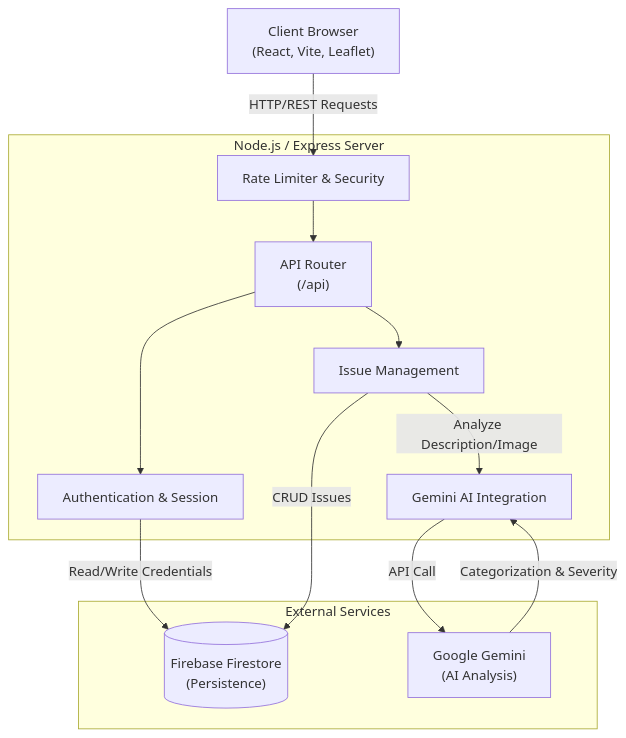
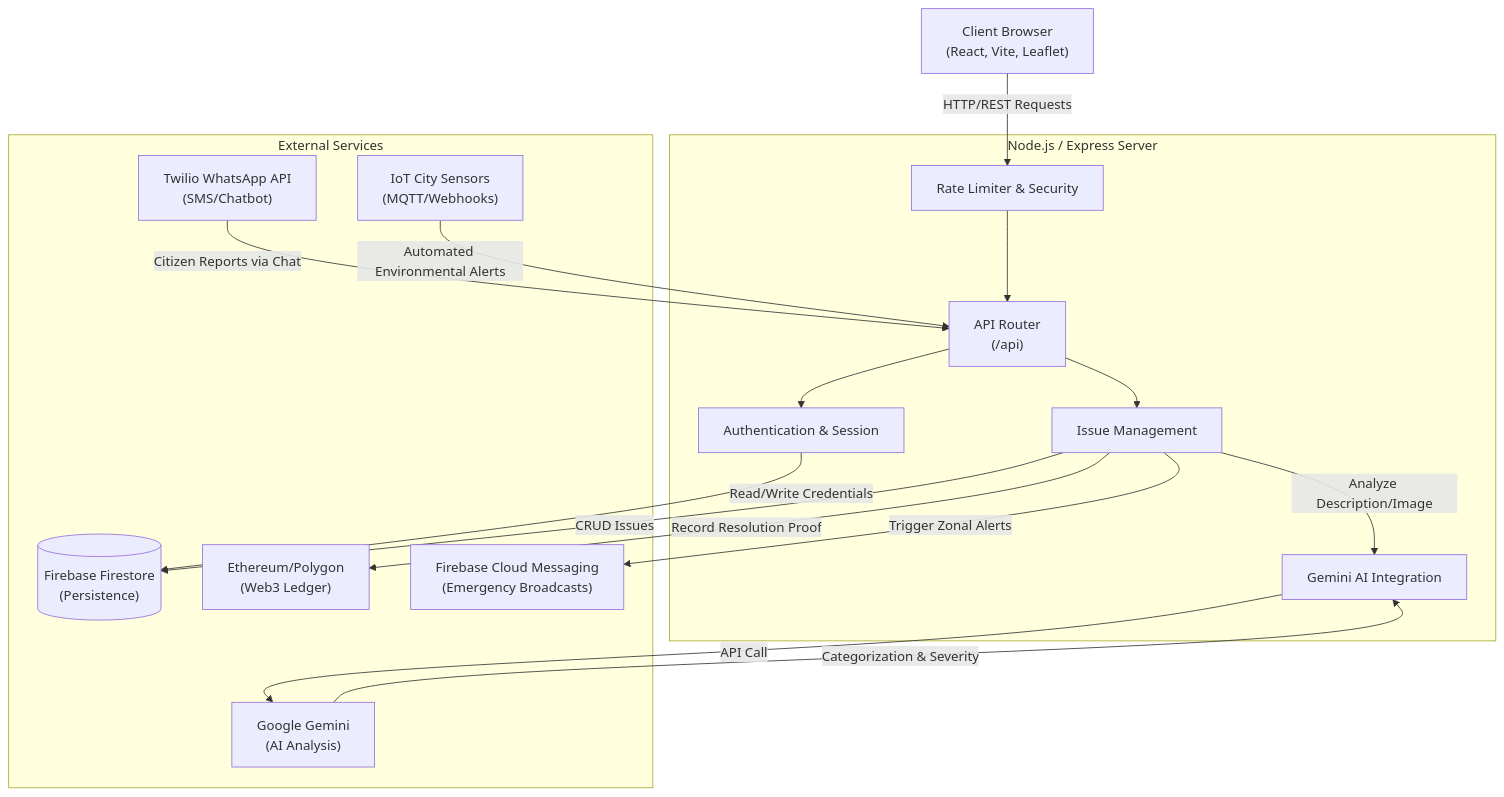
One commit to shibchandan/Community-Hero changed the first of 4 diagrams in ARCHITECTURE.md. Above: the diagram before and after it, drawn with Mermaid. The commit also changed 27 other files, not shown here.

Commit message:
Production ready architecture for GCC deployment (Firebase Admin, Dockerization, Security)

````diff
--- a/ARCHITECTURE.md
+++ b/ARCHITECTURE.md
@@ -9,28 +9,37 @@
 ```mermaid
 graph TD
     Client["Client Browser<br/>(React, Vite, Leaflet)"]
     
     subgraph Backend ["Node.js / Express Server"]
         Router["API Router<br/>(/api)"]
         RateLimiter["Rate Limiter & Security"]
         AuthLogic["Authentication & Session"]
         IssueLogic["Issue Management"]
         AI_Integration["Gemini AI Integration"]
     end
     
     subgraph External ["External Services"]
         Firestore[("Firebase Firestore<br/>(Persistence)")]
         Gemini["Google Gemini<br/>(AI Analysis)"]
+        WhatsApp["Twilio WhatsApp API<br/>(SMS/Chatbot)"]
+        IoT["IoT City Sensors<br/>(MQTT/Webhooks)"]
+        Blockchain["Ethereum/Polygon<br/>(Web3 Ledger)"]
+        PushAPI["Firebase Cloud Messaging<br/>(Emergency Broadcasts)"]
     end
 
     Client -- "HTTP/REST Requests" --> RateLimiter
     RateLimiter --> Router
     Router --> AuthLogic
     Router --> IssueLogic
     
     AuthLogic -- "Read/Write Credentials" --> Firestore
     IssueLogic -- "Analyze Description/Image" --> AI_Integration
     AI_Integration -- "API Call" --> Gemini
     Gemini -- "Categorization & Severity" --> AI_Integration
     IssueLogic -- "CRUD Issues" --> Firestore
+    
+    WhatsApp -- "Citizen Reports via Chat" --> Router
+    IoT -- "Automated Environmental Alerts" --> Router
+    IssueLogic -- "Record Resolution Proof" --> Blockchain
+    IssueLogic -- "Trigger Zonal Alerts" --> PushAPI
 ```
````
